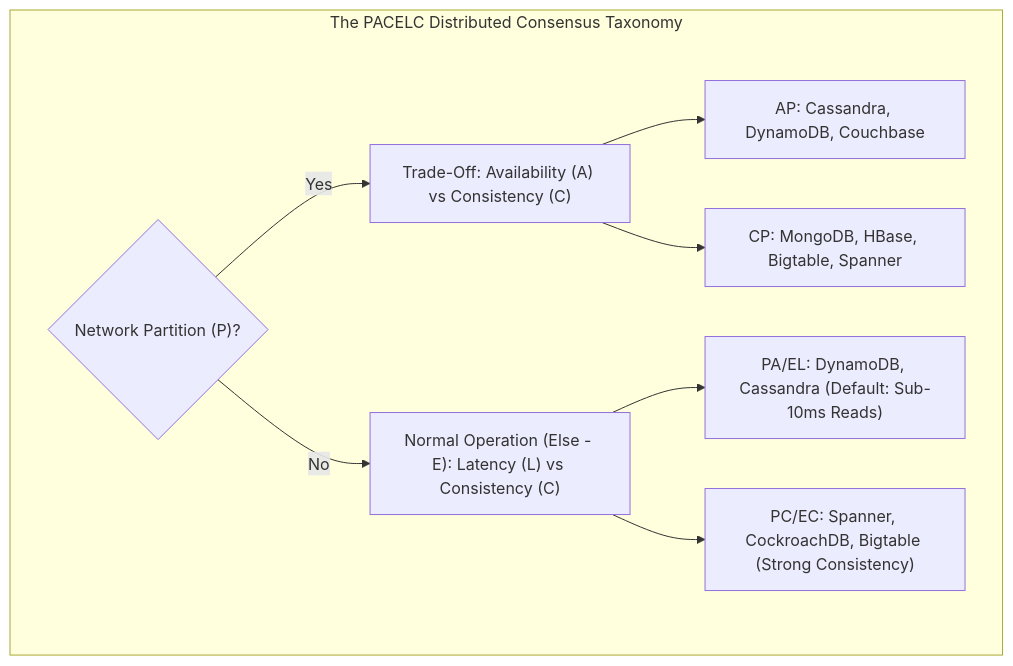
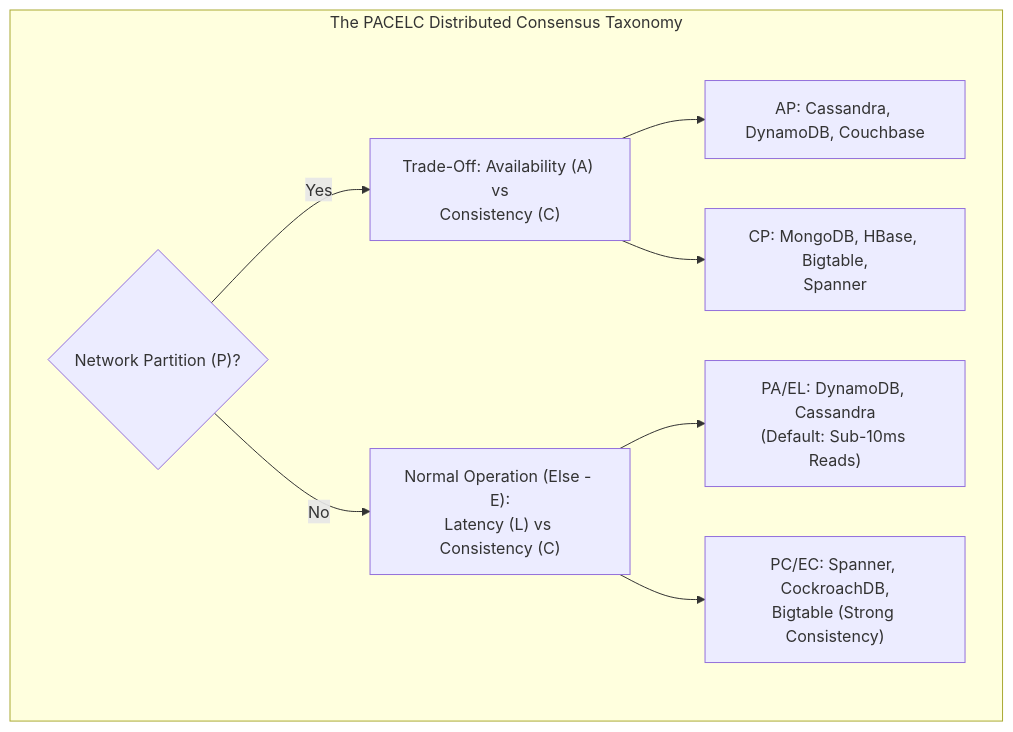
One commit to santoshjammi29/sql-handbook changed the second of 6 diagrams in README.md. Above: the diagram before and after it, drawn with Mermaid. The commit also changed other lines of this file and 17 other files, not shown here.

Commit message:
fix(diagrams): word-wrap labels and escape comparison operators across all diagrams

````diff
--- a/README.md
+++ b/README.md
@@ -199,13 +199,13 @@
 ```mermaid
 flowchart TD
     subgraph PACELC["The PACELC Distributed Consensus Taxonomy"]
         P{"Network Partition (P)?"}
-        P -->|Yes| P_Trade["Trade-Off: Availability (A) vs Consistency (C)"]
+        P -->|Yes| P_Trade["Trade-Off: Availability (A) vs<br/>Consistency (C)"]
         P_Trade --> PA["AP: Cassandra, DynamoDB, Couchbase"]
-        P_Trade --> PC["CP: MongoDB, HBase, Bigtable, Spanner"]
+        P_Trade --> PC["CP: MongoDB, HBase, Bigtable,<br/>Spanner"]
 
-        P -->|No| E_Trade["Normal Operation (Else - E): Latency (L) vs Consistency (C)"]
-        E_Trade --> EL["PA/EL: DynamoDB, Cassandra (Default: Sub-10ms Reads)"]
-        E_Trade --> EC["PC/EC: Spanner, CockroachDB, Bigtable (Strong Consistency)"]
+        P -->|No| E_Trade["Normal Operation (Else - E):<br/>Latency (L) vs Consistency (C)"]
+        E_Trade --> EL["PA/EL: DynamoDB, Cassandra<br/>(Default: Sub-10ms Reads)"]
+        E_Trade --> EC["PC/EC: Spanner, CockroachDB,<br/>Bigtable (Strong Consistency)"]
     end
 ```
````
